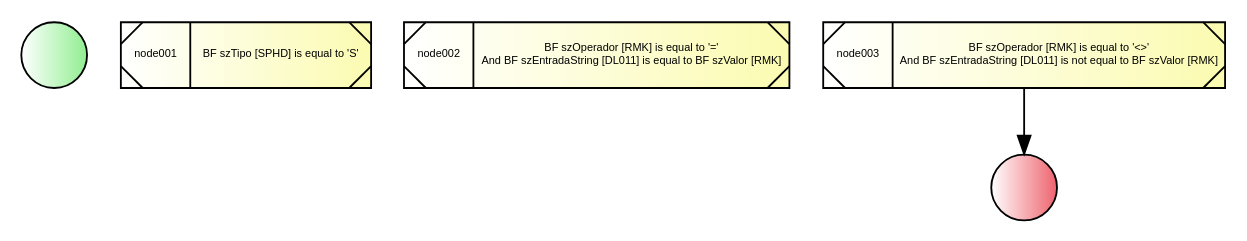
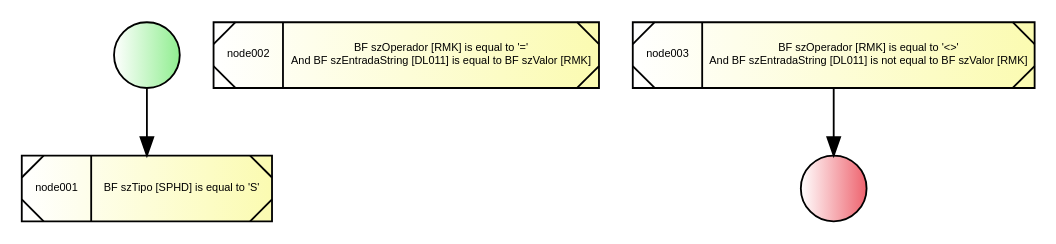
The diagram in gio.gv (GiovaniPM/JDEDocCode), drawn with Graphviz before and after one commit. The commit also changed 2 other files, not shown here.

```diff
--- a/gio.gv
+++ b/gio.gv
@@ -1,40 +1,41 @@
 digraph R {
     nodeini [
             shape=circle,
             style="filled",
             fillcolor="white:lightgreen",
             label=""
             ]
     node001 [
             fontname="Arial",
             fontsize=6,
             shape=record,
             style="diagonals,filled",
             fillcolor="white:#fbfbb1"
             label="node001|{BF szTipo [SPHD] is equal to 'S'}"
             ]
     node002 [
             fontname="Arial",
             fontsize=6,
             shape=record,
             style="diagonals,filled",
             fillcolor="white:#fbfbb1"
             label="node002|{BF szOperador [RMK] is equal to '='\nAnd BF szEntradaString [DL011] is equal to BF szValor [RMK]}"
             ]
     node003 [
             fontname="Arial",
             fontsize=6,
             shape=record,
             style="diagonals,filled",
             fillcolor="white:#fbfbb1"
             label="node003|{BF szOperador [RMK] is equal to '\<\>'\nAnd BF szEntradaString [DL011] is not equal to BF szValor [RMK]}"
             ]
     nodefin [
             shape=circle,
             style="filled",
             fillcolor="white:#ee636e",
             label=""
             ]
 
+    nodeini -> node001
     node003 -> nodefin
 }
```
